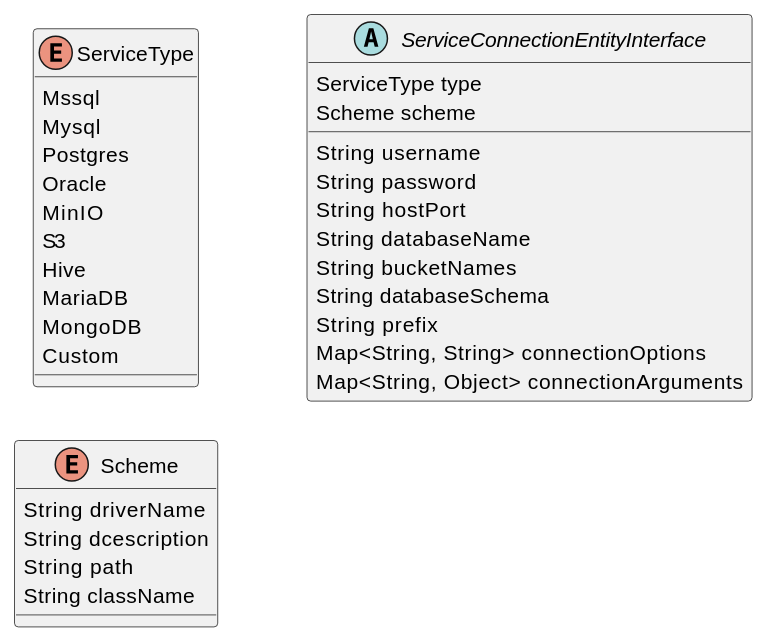
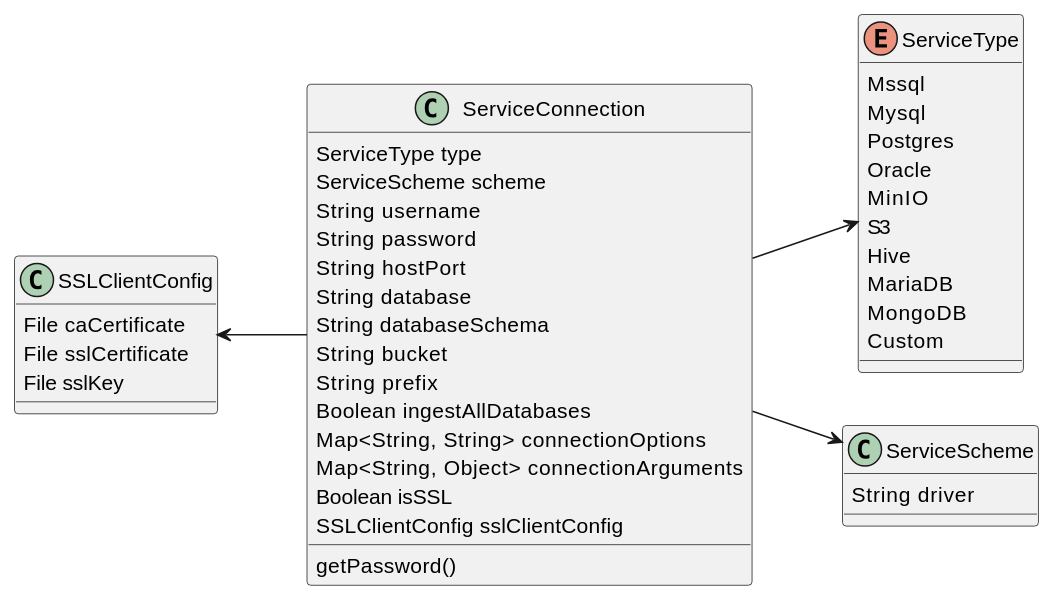
Before and after one commit to DataFabricTech/DataFabricPlatform: the fourth of 5 diagrams in docs/arch/virtualization-storage.md, drawn with PlantUML. The commit also changed other lines of this file and 7 other files, not shown here.

````diff
--- a/docs/arch/virtualization-storage.md
+++ b/docs/arch/virtualization-storage.md
@@ -315,42 +319,56 @@
 ```plantuml
 @startuml
 left to right direction
 
 enum ServiceType {
   Mssql
   Mysql
   Postgres
   Oracle
   MinIO
   S3
   Hive
   MariaDB
   MongoDB
   Custom
 }
 
-enum Scheme {
-  String driverName
-  String dcescription
-  String path
-  String className
+class ServiceScheme {
+  String driver
 }
 
-abstract class "ServiceConnectionEntityInterface" {
+class SSLClientConfig {
+  ' ".pem", ".crt", ".cer", ".der", ".p12"
+  File caCertificate
+  File sslCertificate
+  File sslKey
+}
+
+class ServiceConnection {
   ServiceType type
-  Scheme scheme
-  __
+  ' scheme 은 구현하지 않음. 향 후 확장을 위한 부분  
+  ServiceScheme scheme
   String username
   String password
   String hostPort
-  String databaseName
-  String bucketNames
+  String database
+  ' Option
   String databaseSchema
+  String bucket
+  ' Option
   String prefix
+  ' 데이터베이스 전체에 접근 권한이 있는 경우 설정하여 전체 데이터베이스의 데이터를 수집할 수 있음.
+  Boolean ingestAllDatabases
   Map<String, String> connectionOptions
   Map<String, Object> connectionArguments
+  Boolean isSSL
+  SSLClientConfig sslClientConfig
+  __
+  getPassword()
 }
 
-
+ServiceConnection -down-> ServiceType
+ServiceConnection -down-> ServiceScheme
+ServiceConnection -up-> SSLClientConfig
 @enduml
 ```
````
